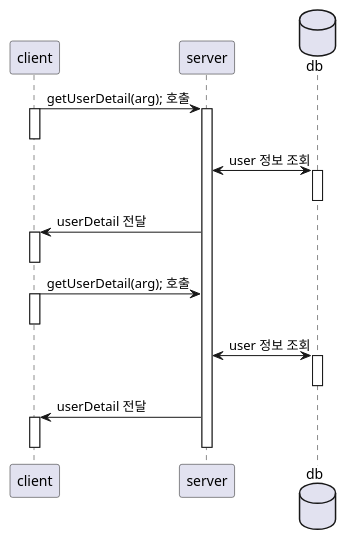
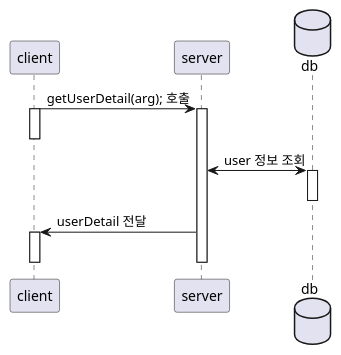
Before and after one commit to glqdlt/ex-grpc: the diagram in uml/async-one-way.puml, drawn with PlantUML. The commit also changed 2 other files, not shown here.

Commit message:
uml update

```diff
--- a/uml/async-one-way.puml
+++ b/uml/async-one-way.puml
@@ -1,27 +1,16 @@
 @startuml
 
 client -> server : getUserDetail(arg); 호출
 activate client
 deactivate client
 activate server
 database db
 server <-> db : user 정보 조회
 activate db
 deactivate db
 server -> client : userDetail 전달
 activate client
 deactivate client
-
-client -> server : getUserDetail(arg); 호출
-activate client
-deactivate client
-database db
-server <-> db : user 정보 조회
-activate db
-deactivate db
-server -> client : userDetail 전달
-activate client
-deactivate client
 deactivate server
 
 @enduml
```
